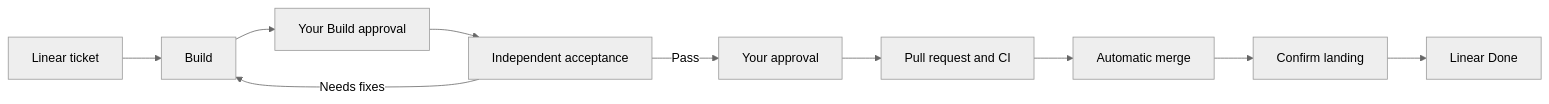
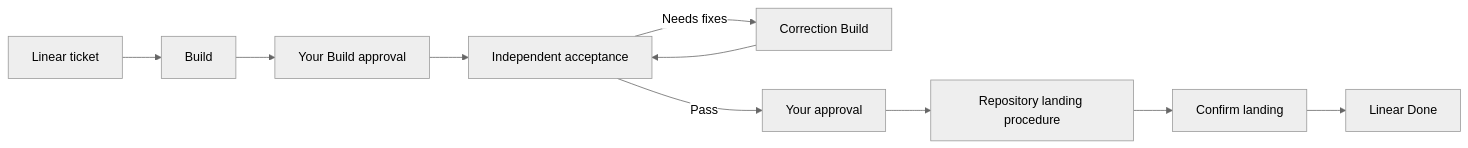
The diagram in README.md (minipai/igniter), drawn with Mermaid (neutral theme) before and after one commit. The commit also changed other lines of this file and 1 other file, not shown here.

````diff
--- a/README.md
+++ b/README.md
@@ -46,12 +46,12 @@
 ```mermaid
 flowchart LR
   Ticket[Linear ticket] --> Build
   Build --> BuildApproval[Your Build approval]
   BuildApproval --> Acceptance[Independent acceptance]
-  Acceptance -->|Needs fixes| Build
+  Acceptance -->|Needs fixes| Correction[Correction Build]
+  Correction --> Acceptance
   Acceptance -->|Pass| Approval[Your approval]
-  Approval --> Deliver[Pull request and CI]
-  Deliver --> Merge[Automatic merge]
-  Merge --> LandingApproval[Confirm landing]
+  Approval --> Deliver[Repository landing procedure]
+  Deliver --> LandingApproval[Confirm landing]
   LandingApproval --> Done[Linear Done]
 ```
````
